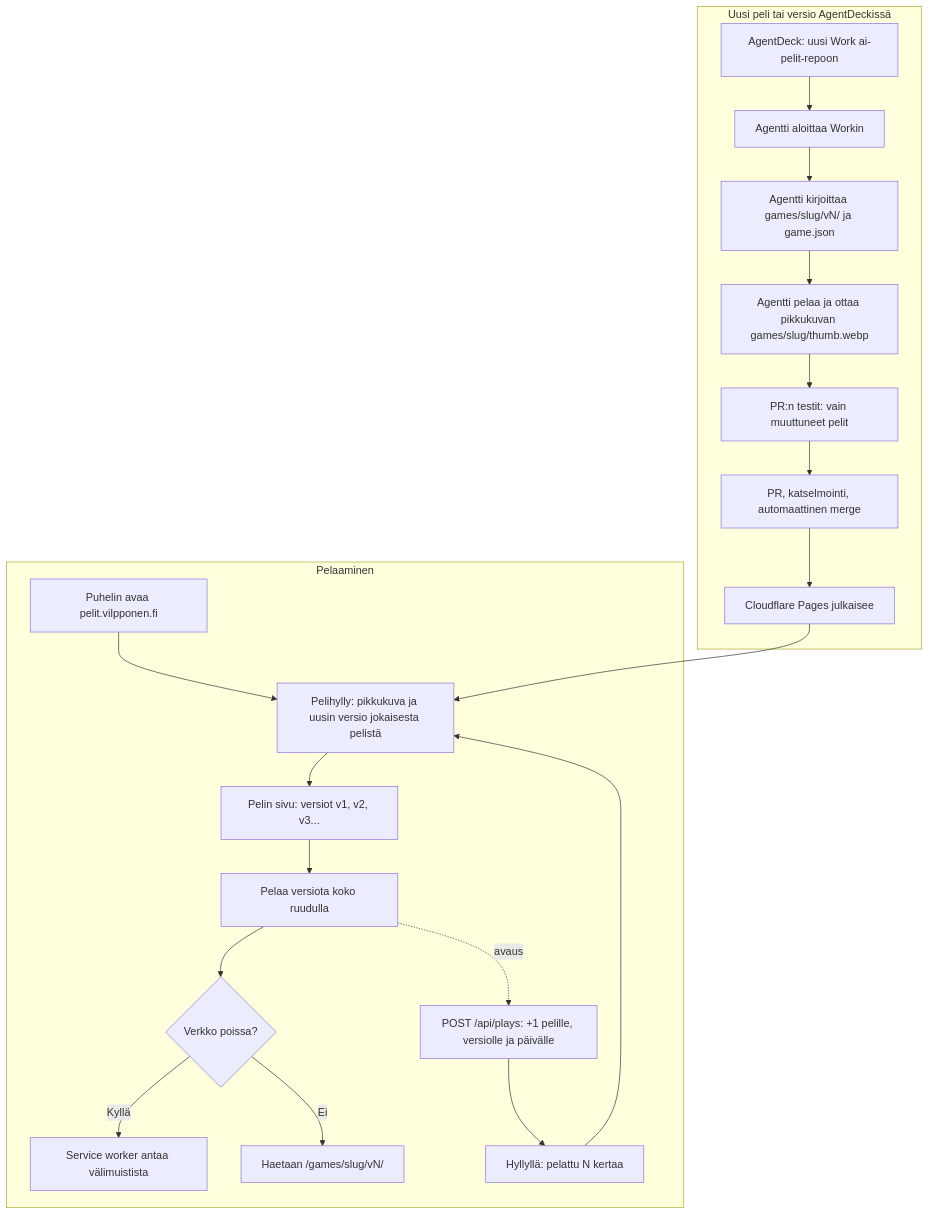
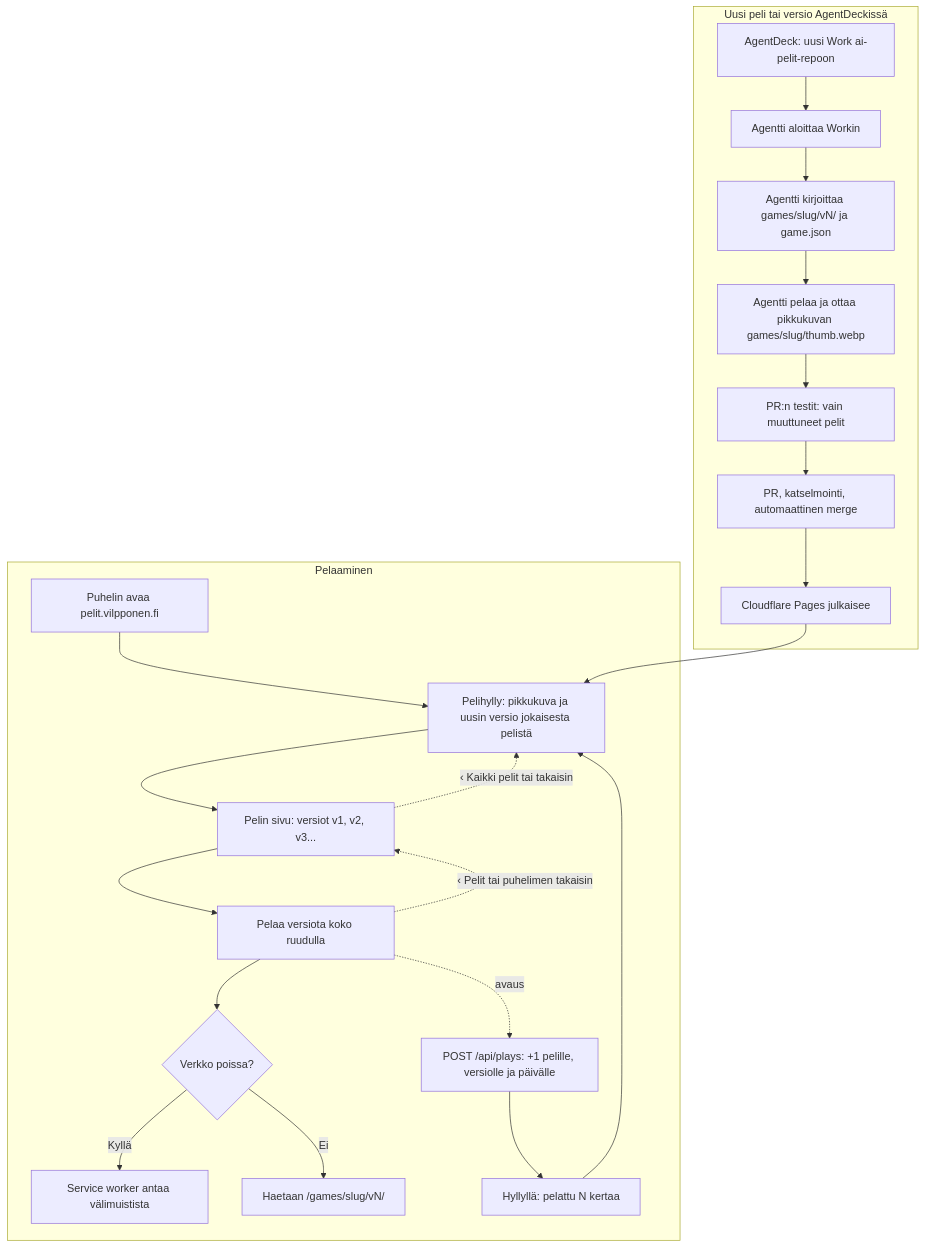
Before and after one commit to eerovil/ai-pelit: the diagram in docs/diagrams/ai-pelit.md, drawn with Mermaid. The commit also changed other lines of this file and 4 other files, not shown here.

````diff
--- a/docs/diagrams/ai-pelit.md
+++ b/docs/diagrams/ai-pelit.md
@@ -8,30 +8,32 @@
 ```mermaid
 flowchart TD
   subgraph Pelaaminen
     A[Puhelin avaa pelit.vilpponen.fi] --> B[Pelihylly: pikkukuva ja uusin versio jokaisesta pelistä]
     B --> C[Pelin sivu: versiot v1, v2, v3...]
     C --> D[Pelaa versiota koko ruudulla]
+    D -. ‹ Pelit tai puhelimen takaisin .-> C
+    C -. ‹ Kaikki pelit tai takaisin .-> B
     D --> E{Verkko poissa?}
     E -- Kyllä --> F[Service worker antaa välimuistista]
     E -- Ei --> G[Haetaan /games/slug/vN/]
     D -. avaus .-> P[POST /api/plays: +1 pelille, versiolle ja päivälle]
     P --> Q[Hyllyllä: pelattu N kertaa]
     Q --> B
   end
   subgraph Uusi peli tai versio AgentDeckissä
     H[AgentDeck: uusi Work ai-pelit-repoon] --> L[Agentti aloittaa Workin]
     L --> M[Agentti kirjoittaa games/slug/vN/ ja game.json]
     M --> T[Agentti pelaa ja ottaa pikkukuvan games/slug/thumb.webp]
     T --> U[PR:n testit: vain muuttuneet pelit]
     U --> N[PR, katselmointi, automaattinen merge]
     N --> O[Cloudflare Pages julkaisee]
     O --> B
   end
   class A,B,C,D,Q blue
   class E amber
   class F,G,P teal
   class H violet
   class L,M,T,N rose
   class U amber
   class O green
 ```
````
